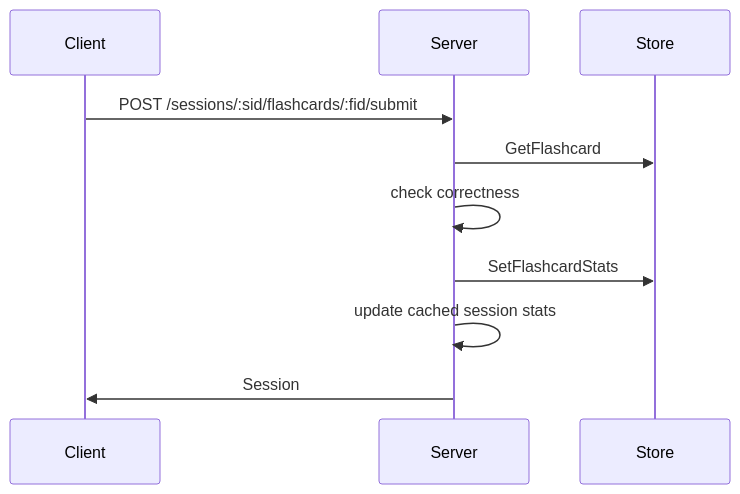
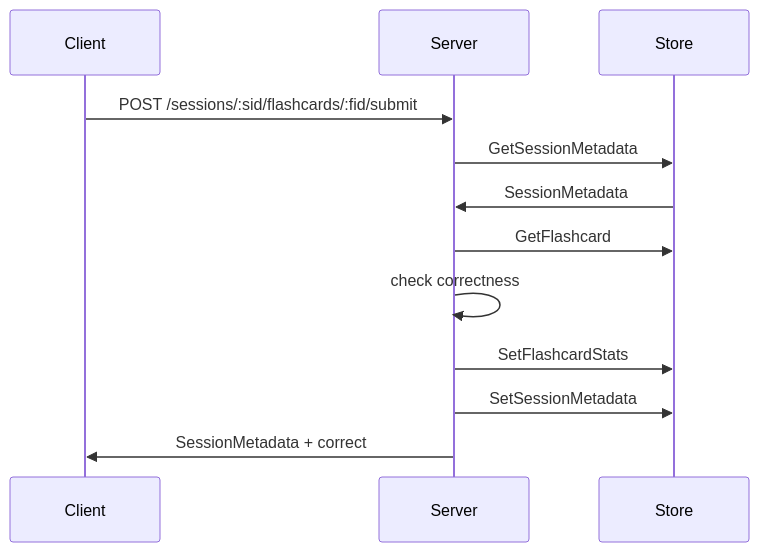
Before and after one commit to lafeingcrokodil/flashcards: the sixth of 7 diagrams in README.md, drawn with Mermaid. The commit also changed other lines of this file and 9 other files, not shown here.

````diff
--- a/README.md
+++ b/README.md
@@ -165,13 +155,15 @@
 ```mermaid
 sequenceDiagram
     participant Client
     participant Server
     participant Store
 
     Client->>Server: POST /sessions/:sid/flashcards/:fid/submit
+    Server->>Store: GetSessionMetadata
+    Store->>Server: SessionMetadata
     Server->>Store: GetFlashcard
     Server->>Server: check correctness
     Server->>Store: SetFlashcardStats
-    Server->>Server: update cached session stats
-    Server->>Client: Session
+    Server->>Store: SetSessionMetadata
+    Server->>Client: SessionMetadata + correct
 ```
````
